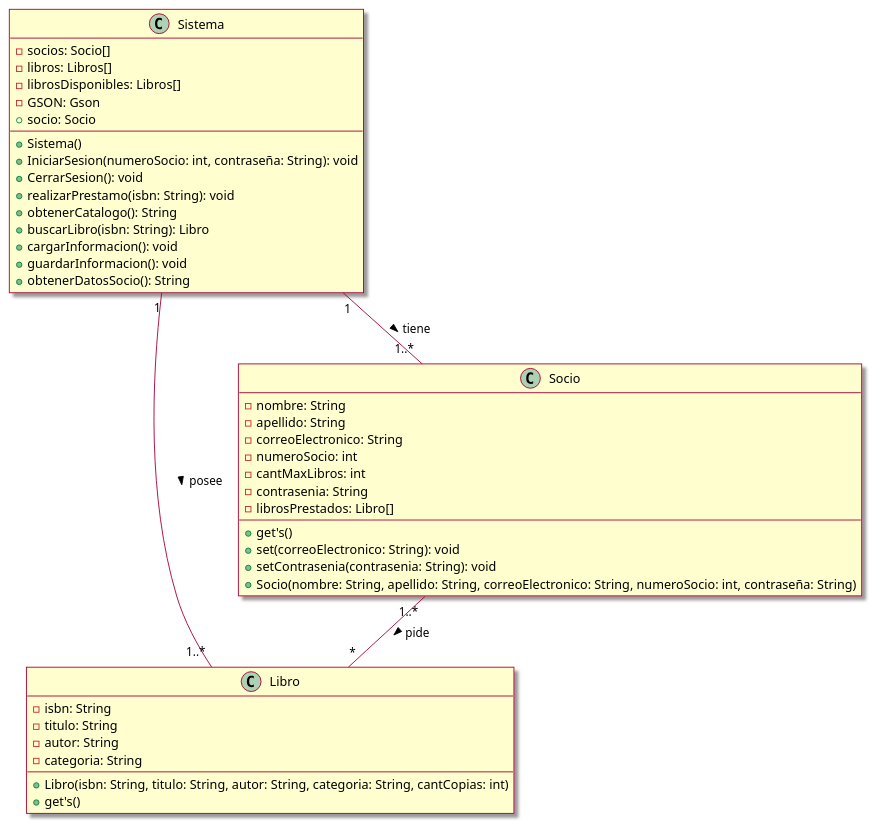
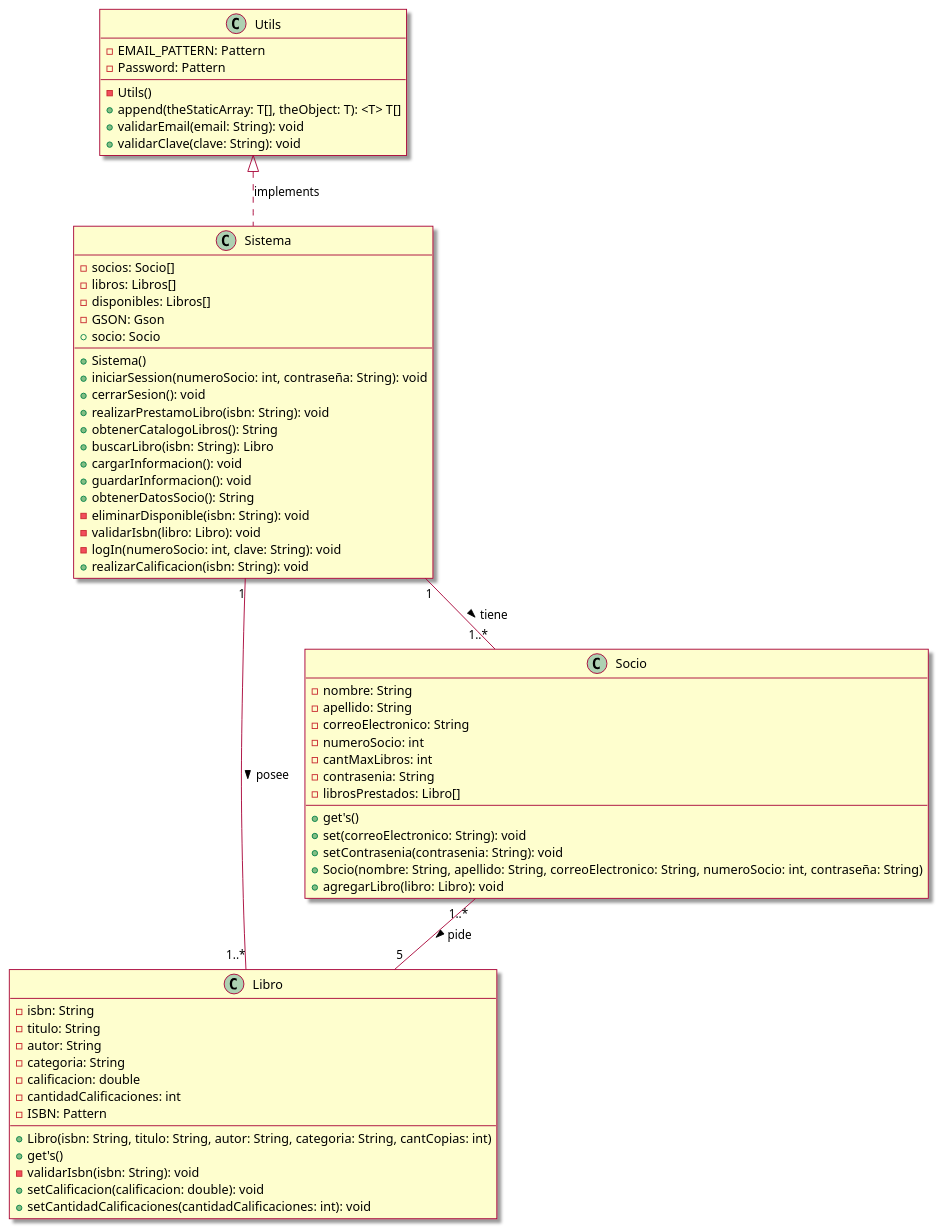
Before and after one commit to ProMDFK123/Taller2: the diagram in bibliotech/clases.puml, drawn with PlantUML. The commit also changed 1 other file, not shown here.

```diff
--- a/bibliotech/clases.puml
+++ b/bibliotech/clases.puml
@@ -1,47 +1,68 @@
 @startuml
 skin rose
 
 Class Libro{
 -isbn: String
 -titulo: String
 -autor: String
 -categoria: String
+-calificacion: double
+-cantidadCalificaciones: int
+-ISBN: Pattern
 +Libro(isbn: String, titulo: String, autor: String, categoria: String, cantCopias: int)
 +get's()
+-validarIsbn(isbn: String): void
++setCalificacion(calificacion: double): void
++setCantidadCalificaciones(cantidadCalificaciones: int): void
 }
 
 Class Socio{
 -nombre: String
 -apellido: String
 -correoElectronico: String
 -numeroSocio: int
 -cantMaxLibros: int
 -contrasenia: String
 -librosPrestados: Libro[]
 +get's()
 +set(correoElectronico: String): void
 +setContrasenia(contrasenia: String): void
 +Socio(nombre: String, apellido: String, correoElectronico: String, numeroSocio: int, contraseña: String)
++agregarLibro(libro: Libro): void
 }
 
 Class Sistema{
 -socios: Socio[]
 -libros: Libros[]
--librosDisponibles: Libros[]
+-disponibles: Libros[]
 -GSON: Gson
 +socio: Socio
 +Sistema()
-+IniciarSesion(numeroSocio: int, contraseña: String): void
-+CerrarSesion(): void
-+realizarPrestamo(isbn: String): void
-+obtenerCatalogo(): String
++iniciarSession(numeroSocio: int, contraseña: String): void
++cerrarSesion(): void
++realizarPrestamoLibro(isbn: String): void
++obtenerCatalogoLibros(): String
 +buscarLibro(isbn: String): Libro
 +cargarInformacion(): void
 +guardarInformacion(): void
 +obtenerDatosSocio(): String
+-eliminarDisponible(isbn: String): void
+-validarIsbn(libro: Libro): void
+-logIn(numeroSocio: int, clave: String): void
++realizarCalificacion(isbn: String): void
+}
+
+Class Utils{
+-EMAIL_PATTERN: Pattern
+-Password: Pattern
+-Utils()
++append(theStaticArray: T[], theObject: T): <T> T[]
++validarEmail(email: String): void
++validarClave(clave: String): void
 }
 
 Sistema"1"--"1..*"Libro: posee >
 Sistema"1"--"1..*"Socio: tiene >
-Socio"1..*"--"*"Libro: pide >
+Socio"1..*"--"5"Libro: pide >
+Utils ^.. Sistema: implements
 @enduml
```
